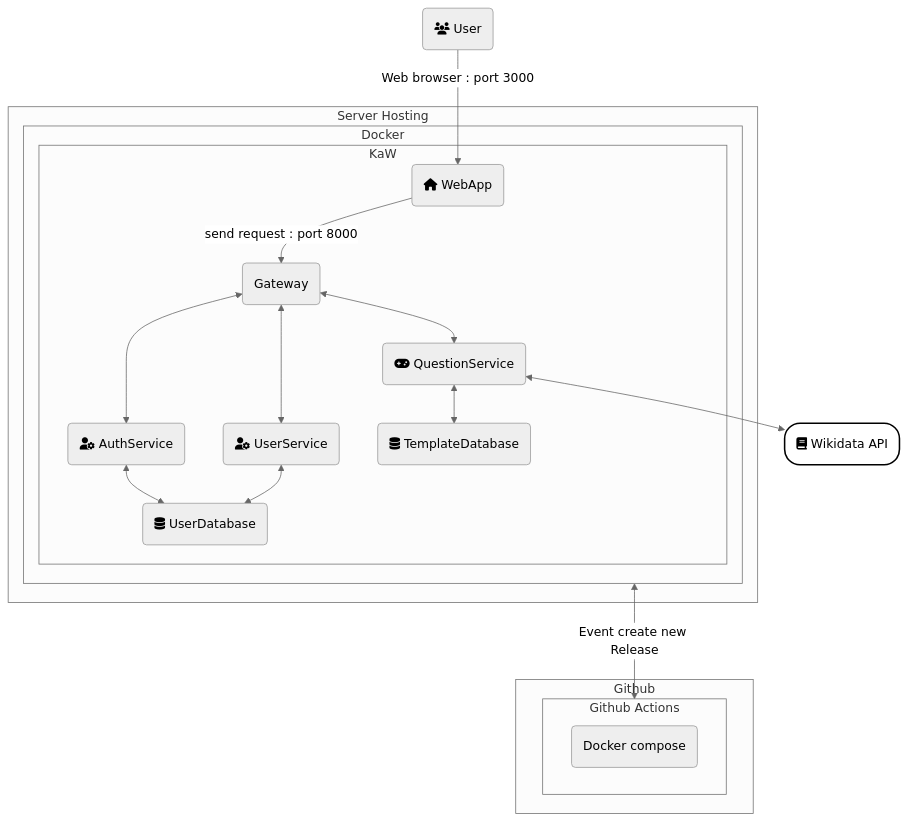
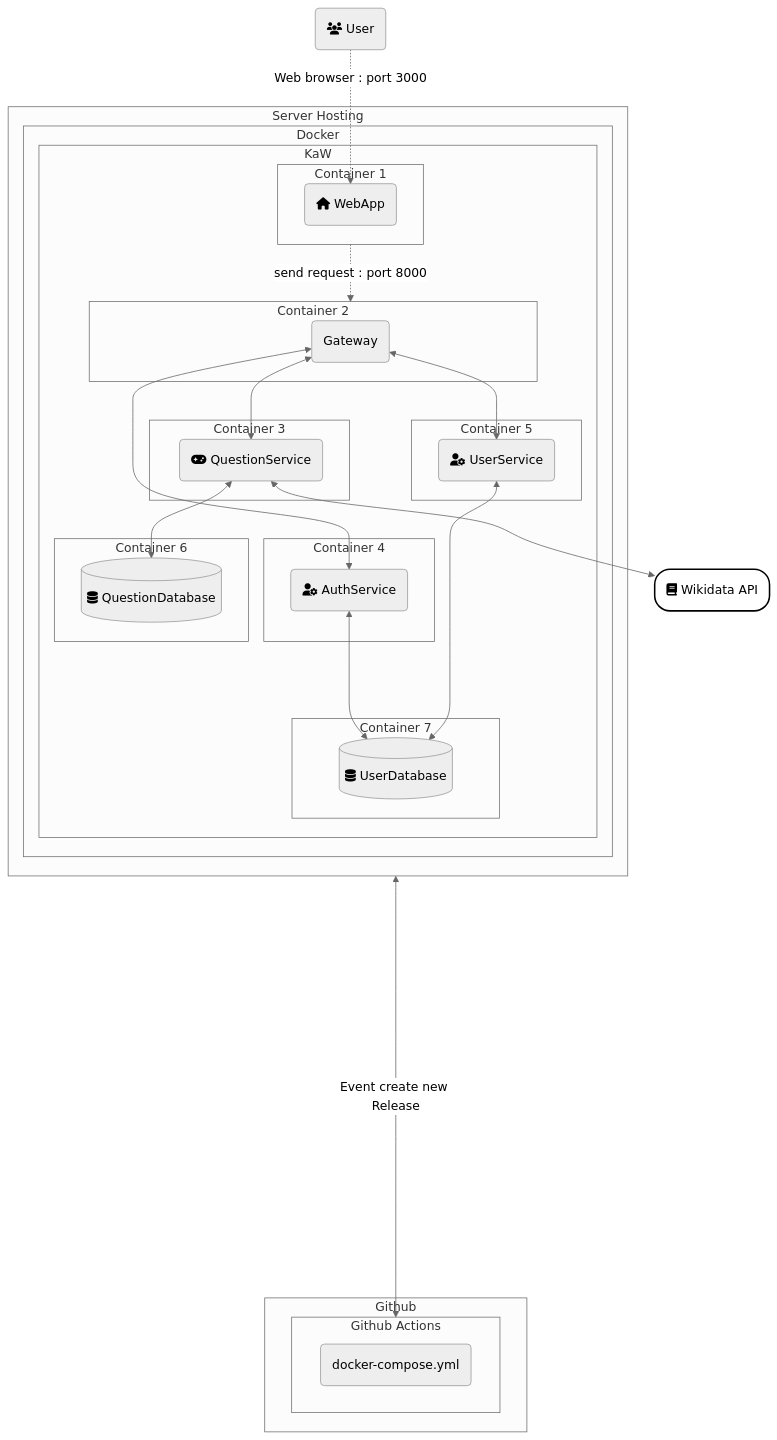
One commit to Arquisoft/wiq_en3b changed the diagram in docs/src/07_deployment_view.adoc. Above: the diagram before and after it, drawn with Mermaid (neutral theme). The commit also changed other lines of this file and 1 other file, not shown here.

```diff
--- a/docs/src/07_deployment_view.adoc
+++ b/docs/src/07_deployment_view.adoc
@@ -99,46 +99,79 @@
 [mermaid]
 ----
 flowchart TD
-    User("fa:fa-users" User) --"Web browser : port 3000"--> WebApp
+    User("fa:fa-users" User)
+    WebApp("fa:fa-home" WebApp)
+    Gateway(Gateway)
+    AuthService("fa:fa-user-cog" AuthService)
+    UserService("fa:fa-user-cog" UserService)
+    QuestionService("fa:fa-gamepad" QuestionService)
+    UserDatabase[("fa:fa-database" UserDatabase)]
+    QuestionDatabase[("fa:fa-database" QuestionDatabase)]
 
     subgraph github [Github]
             subgraph githubActions [Github Actions]
-                DockerCompose(Docker compose)
+                DockerCompose(docker-compose.yml)
             end 
         end
 
     subgraph server [Server Hosting]
         
         subgraph docker [Docker]
             subgraph app [KaW]
                 
-                WebApp("fa:fa-home" WebApp) --"send request : port 8000"--> Gateway
-                Gateway(Gateway)
-                AuthService("fa:fa-user-cog" AuthService)
-                UserService("fa:fa-user-cog" UserService)
-                QuestionService("fa:fa-gamepad" QuestionService)
-                UserDatabase("fa:fa-database" UserDatabase)
-                TemplateDatabase("fa:fa-database" TemplateDatabase)
+                
+
+               subgraph container1 [Container 1]
+                    WebApp("fa:fa-home" WebApp)
+                end
+                
+                subgraph container2 [Container 2]
+                    Gateway(Gateway)
+                end
+
+                subgraph container3 [Container 3]
+                    QuestionService
+                end
+
+                subgraph container4 [Container 4]
+                    AuthService
+                end    
+            
+                subgraph container5 [Container 5]
+                    UserService
+                end    
+
+                subgraph container6 [Container 6]
+                    QuestionDatabase
+                end    
+
+                subgraph container7 [Container 7]
+                    UserDatabase
+                end  
                 
             end
         end
     end
 
-    docker <--"Event create new Release"-------> githubActions
+    User-."Web browser : port 3000".->WebApp
+    container1-."send request : port 8000".->container2
+
+    docker <--"Event create new Release"-------------> githubActions
 
     Wikidata("fa:fa-book" Wikidata API)
     
-    AuthService <--> UserDatabase
-    UserService <--> UserDatabase
     Gateway <---> AuthService
     Gateway <--> UserService
+    Gateway <--> QuestionService
+
+    AuthService <---> UserDatabase
+    UserService <----> UserDatabase
     
-    Gateway <--> QuestionService
     QuestionService <--> Wikidata
-    QuestionService <--> TemplateDatabase
+    QuestionService <--> QuestionDatabase
+
     style Wikidata fill:#fff,stroke:#000,stroke-width:2px,rx:20px,ry:20px
     classDef subgraphstyle margin-left:3cm
     class back subgraphstyle
     class front subgraphstyle
-
 ----
```
